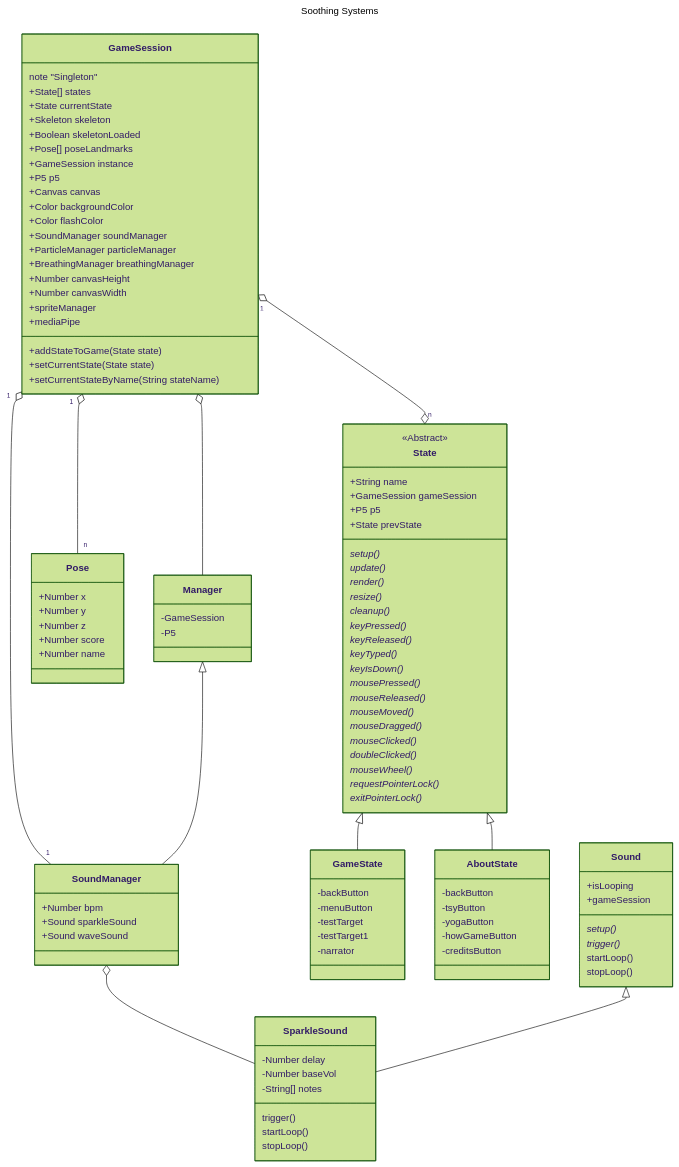
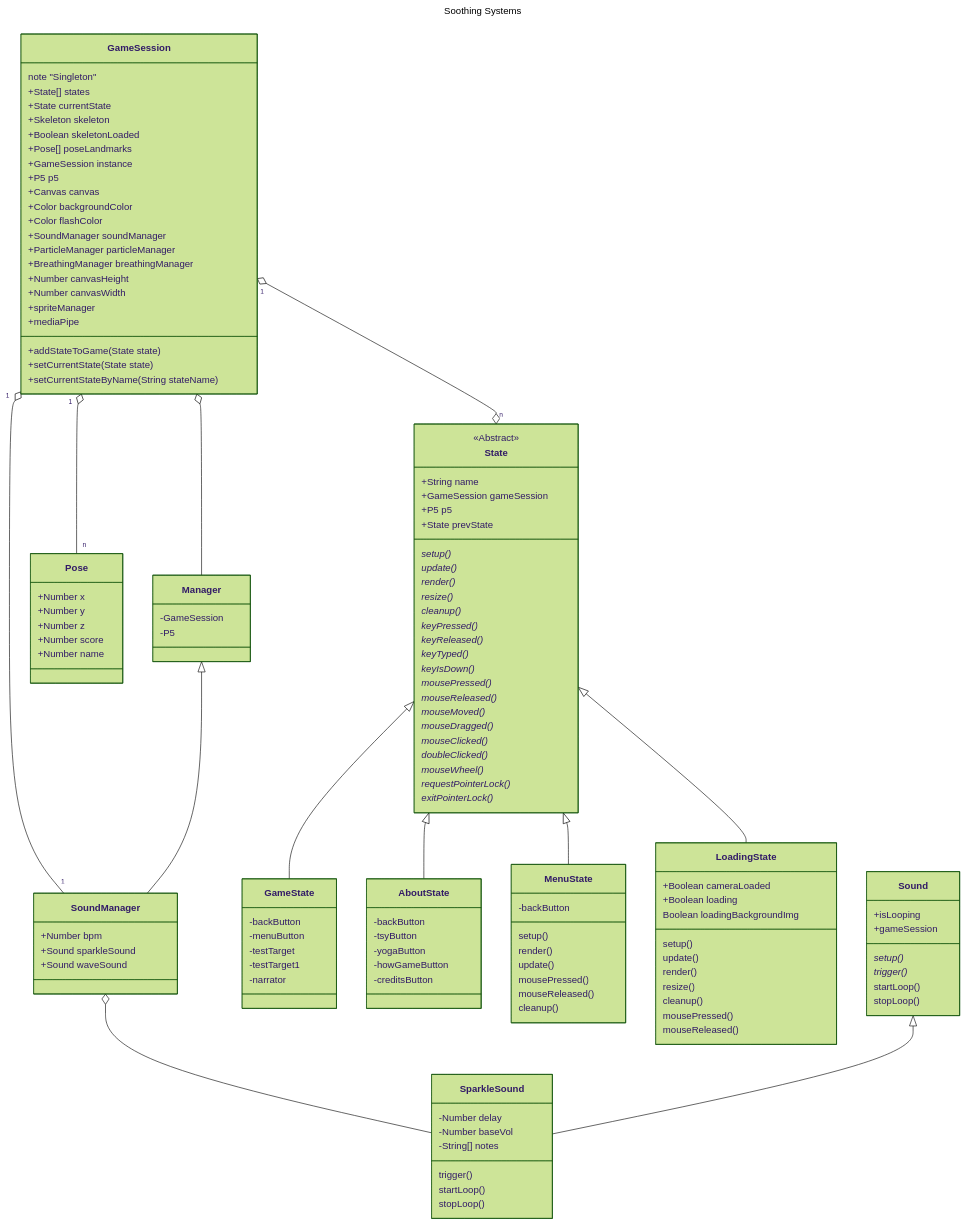
The first of 3 diagrams in architecture.md (caseyshields/Trauma-Informed-Yoga-Web), drawn with Mermaid (forest theme) before and after one commit. The commit also changed other lines of this file, not shown here.

Commit message:
WIP diagram

```diff
--- a/architecture.md
+++ b/architecture.md
@@ -17,6 +17,8 @@
 GameSession o-- Manager
 State <|-- GameState
 State <|-- AboutState
+State <|-- MenuState
+State <|-- LoadingState
 Manager <|-- SoundManager
 SoundManager o-- SparkleSound
 Sound <|-- SparkleSound
@@ -90,6 +92,30 @@
     -creditsButton
 }
 
+class MenuState{
+    -backButton
+    setup()
+    render()
+    update()
+    mousePressed()
+    mouseReleased()
+    cleanup()
+}
+
+class LoadingState{
+    +Boolean cameraLoaded
+    +Boolean loading
+    Boolean loadingBackgroundImg
+    setup()
+    update()
+    render()
+    resize()
+    cleanup()
+    mousePressed()
+    mouseReleased()
+
+}
+
 class Pose{
     +Number x
     +Number y
@@ -103,12 +129,6 @@
     -P5
 }
 
-class SoundManager{
-    +Number bpm
-    +Sound sparkleSound
-    +Sound waveSound
-}
-
 class Sound{
     +isLooping
     +gameSession
@@ -116,6 +136,12 @@
     trigger()*
     startLoop()
     stopLoop()
+}
+
+class SoundManager{
+    +Number bpm
+    +Sound sparkleSound
+    +Sound waveSound
 }
 
 class SparkleSound {
```
